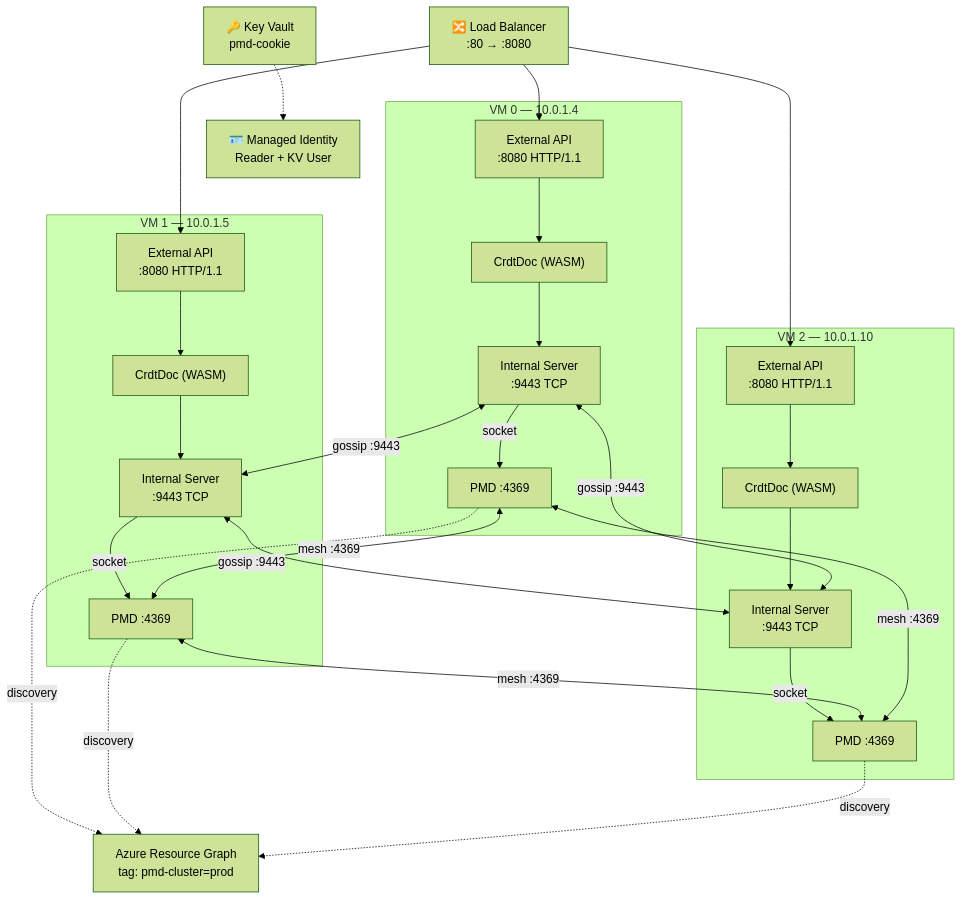
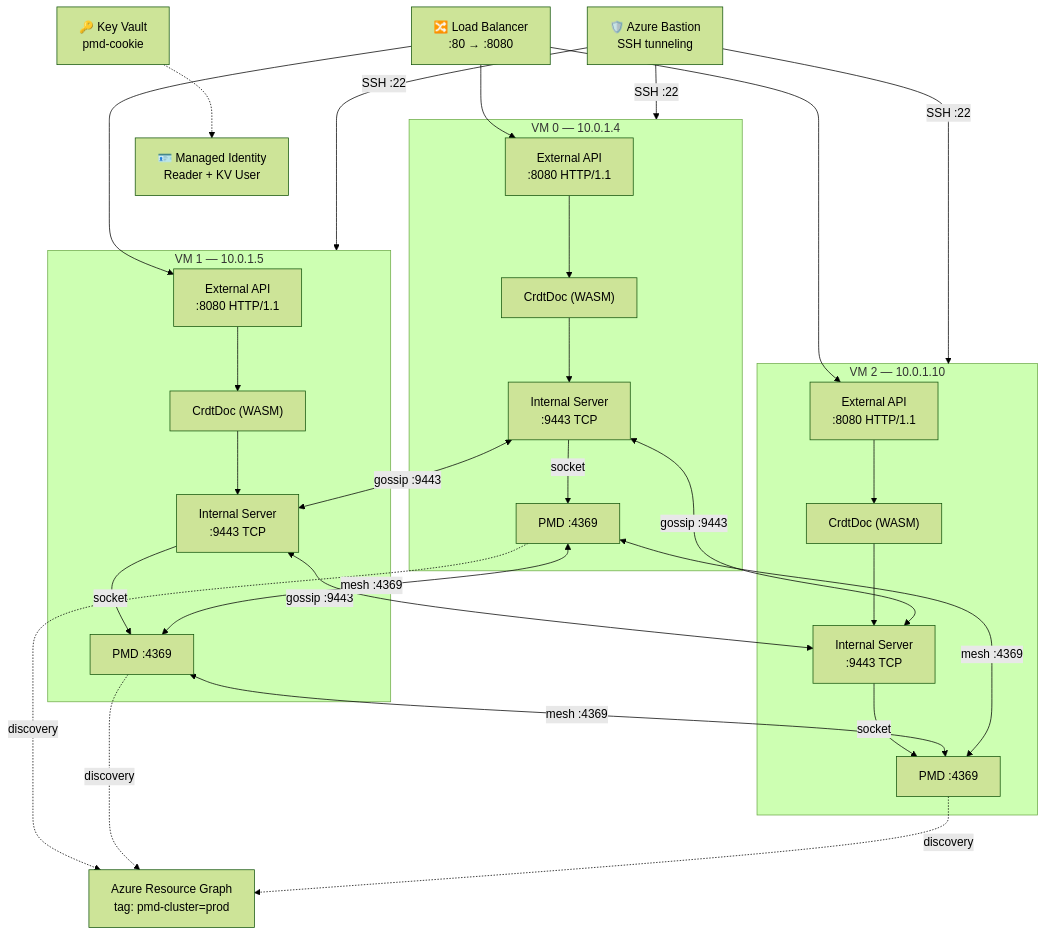
The first of 6 diagrams in PLAN.md (pierreg256/pmd-cluster), drawn with Mermaid (forest theme) before and after one commit. The commit also changed other lines of this file and 8 other files, not shown here.

First line of the commit message:
infra: add Azure Bastion, remove VM public IPs, restrict SSH to bastion subnet

````diff
--- a/PLAN.md
+++ b/PLAN.md
@@ -9,55 +9,60 @@
 ```mermaid
 graph TD
     LB["🔀 Load Balancer<br/>:80 → :8080"]
+    Bastion["🛡️ Azure Bastion<br/>SSH tunneling"]
 
     subgraph VM0["VM 0 — 10.0.1.4"]
         EXT0["External API<br/>:8080 HTTP/1.1"]
         CRDT0["CrdtDoc (WASM)"]
         INT0["Internal Server<br/>:9443 TCP"]
         PMD0["PMD :4369"]
         EXT0 --> CRDT0
         CRDT0 --> INT0
         INT0 -->|socket| PMD0
     end
 
     subgraph VM1["VM 1 — 10.0.1.5"]
         EXT1["External API<br/>:8080 HTTP/1.1"]
         CRDT1["CrdtDoc (WASM)"]
         INT1["Internal Server<br/>:9443 TCP"]
         PMD1["PMD :4369"]
         EXT1 --> CRDT1
         CRDT1 --> INT1
         INT1 -->|socket| PMD1
     end
 
     subgraph VM2["VM 2 — 10.0.1.10"]
         EXT2["External API<br/>:8080 HTTP/1.1"]
         CRDT2["CrdtDoc (WASM)"]
         INT2["Internal Server<br/>:9443 TCP"]
         PMD2["PMD :4369"]
         EXT2 --> CRDT2
         CRDT2 --> INT2
         INT2 -->|socket| PMD2
     end
 
     LB --> EXT0
     LB --> EXT1
     LB --> EXT2
 
+    Bastion -->|SSH :22| VM0
+    Bastion -->|SSH :22| VM1
+    Bastion -->|SSH :22| VM2
+
     INT0 <-->|gossip :9443| INT1
     INT1 <-->|gossip :9443| INT2
     INT0 <-->|gossip :9443| INT2
 
     PMD0 <-->|mesh :4369| PMD1
     PMD1 <-->|mesh :4369| PMD2
     PMD0 <-->|mesh :4369| PMD2
 
     ARG["Azure Resource Graph<br/>tag: pmd-cluster=prod"]
     PMD0 -.->|discovery| ARG
     PMD1 -.->|discovery| ARG
     PMD2 -.->|discovery| ARG
 
     KV["🔑 Key Vault<br/>pmd-cookie"]
     MI["🪪 Managed Identity<br/>Reader + KV User"]
     KV -.-> MI
 ```
````
